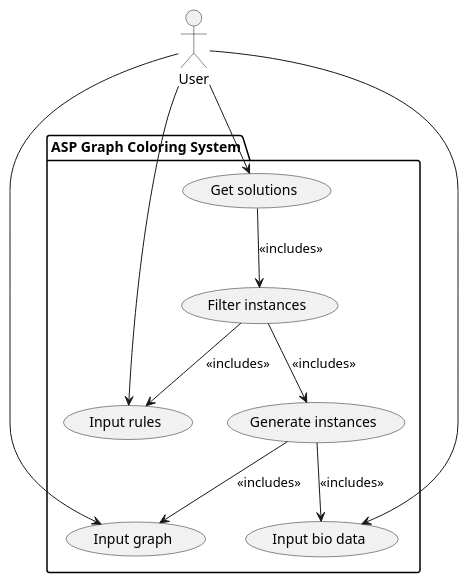
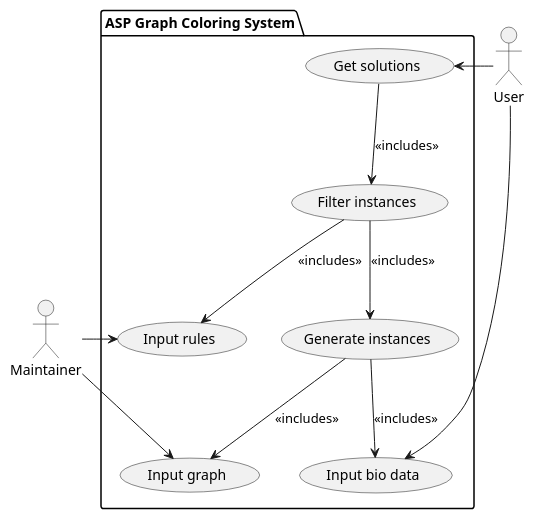
The diagram in uml/use_case.puml (rami3l/ecn-pappl-asp), drawn with PlantUML before and after one commit.

```diff
--- a/uml/use_case.puml
+++ b/uml/use_case.puml
@@ -1,22 +1,23 @@
 @startuml Graph Coloring with ASP
 
 actor User
+actor Maintainer
 package "ASP Graph Coloring System" {
     usecase "Input graph" as graph
     usecase "Input bio data" as data
     usecase "Input rules" as rules
     usecase "Generate instances" as inst
     usecase "Filter instances" as filter
     usecase "Get solutions" as solve
-    User --> graph
-    User --> data
-    User --> rules
-    User --> solve
+    Maintainer -> graph
+    User -> data
+    Maintainer -> rules
+    User -> solve
     inst --> graph : <<includes>>
     inst --> data : <<includes>>
     filter --> inst : <<includes>>
     filter --> rules : <<includes>>
     solve --> filter : <<includes>>
 }
 
 @enduml
```
